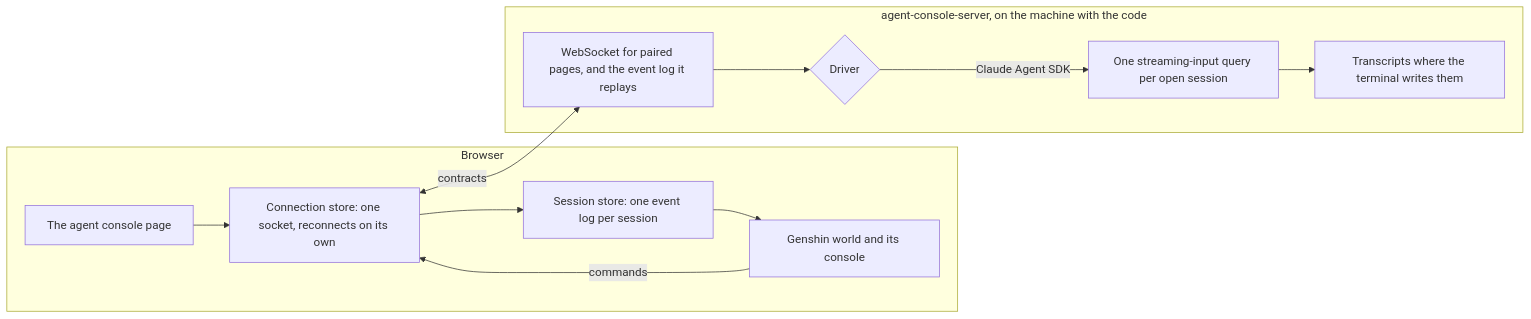
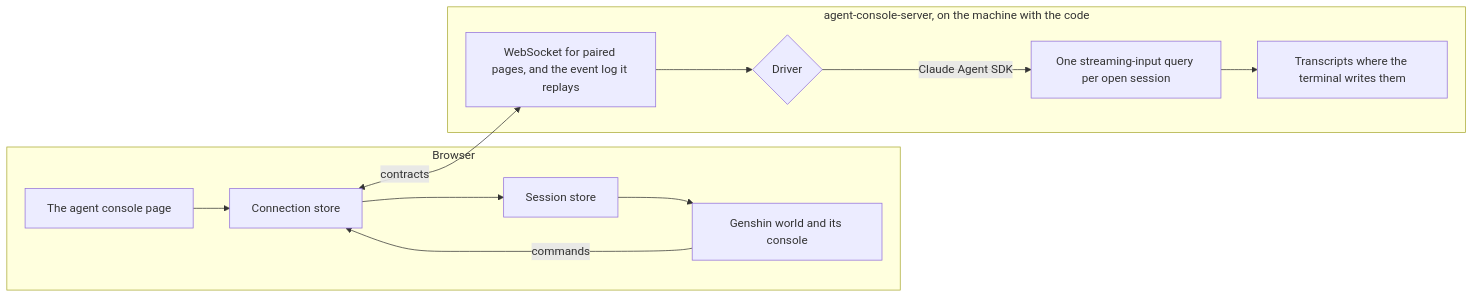
Before and after one commit to Esposter/Esposter: the diagram in openspec/specs/infra/claude-interface/agent-console/README.md, drawn with Mermaid. The commit also changed 8 other files, not shown here.

````diff
--- a/openspec/specs/infra/claude-interface/agent-console/README.md
+++ b/openspec/specs/infra/claude-interface/agent-console/README.md
@@ -11,15 +11,15 @@
 ```mermaid
 flowchart LR
   subgraph Browser
-    P[The agent console page] --> C[Connection store: one socket, reconnects on its own]
-    C --> S[Session store: one event log per session]
+    P[The agent console page] --> C[Connection store]
+    C --> S[Session store]
     S --> W[Genshin world and its console]
     W -->|commands| C
   end
   subgraph Host[agent-console-server, on the machine with the code]
     WS[WebSocket for paired pages, and the event log it replays] --> D{Driver}
     D -->|Claude Agent SDK| Q[One streaming-input query per open session]
     Q --> T[Transcripts where the terminal writes them]
   end
   C <-->|contracts| WS
 ```
````
